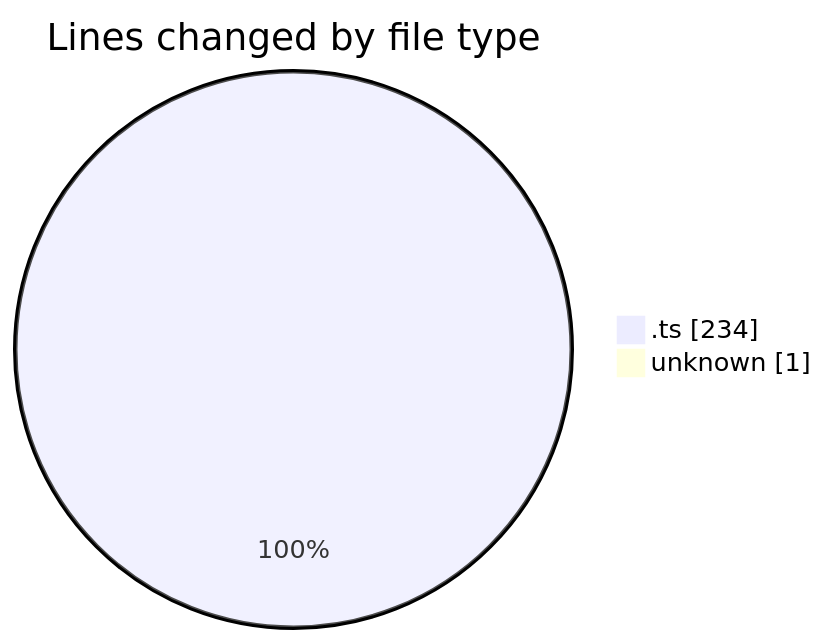
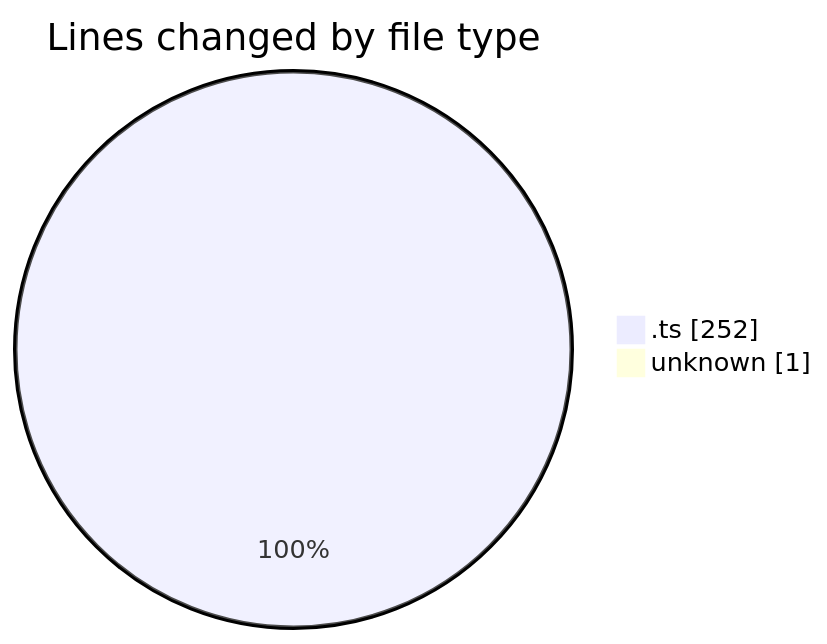
The first of 2 diagrams in 2025-02-17/mbc-web/README.md (robertbonfada/code-tracking), drawn with Mermaid before and after one commit. The commit also changed other lines of this file and 1 other file, not shown here.

````diff
--- a/2025-02-17/mbc-web/README.md
+++ b/2025-02-17/mbc-web/README.md
@@ -23,6 +23,6 @@
 ```mermaid
 pie showData
 title Lines changed by file type
-".ts" : 234
+".ts" : 252
 "unknown" : 1
 ```
````
